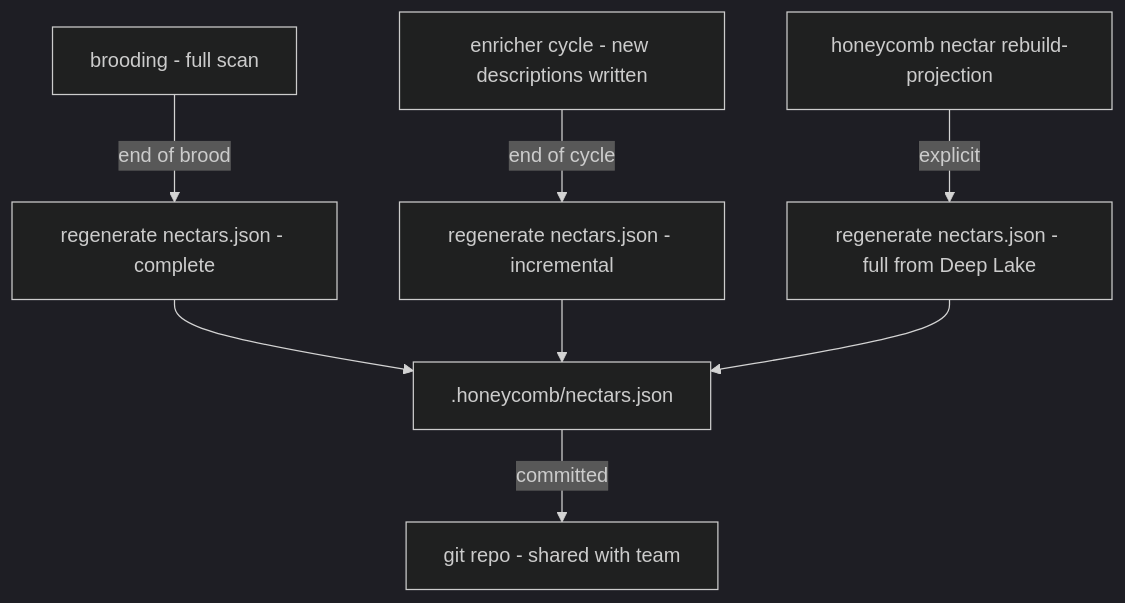
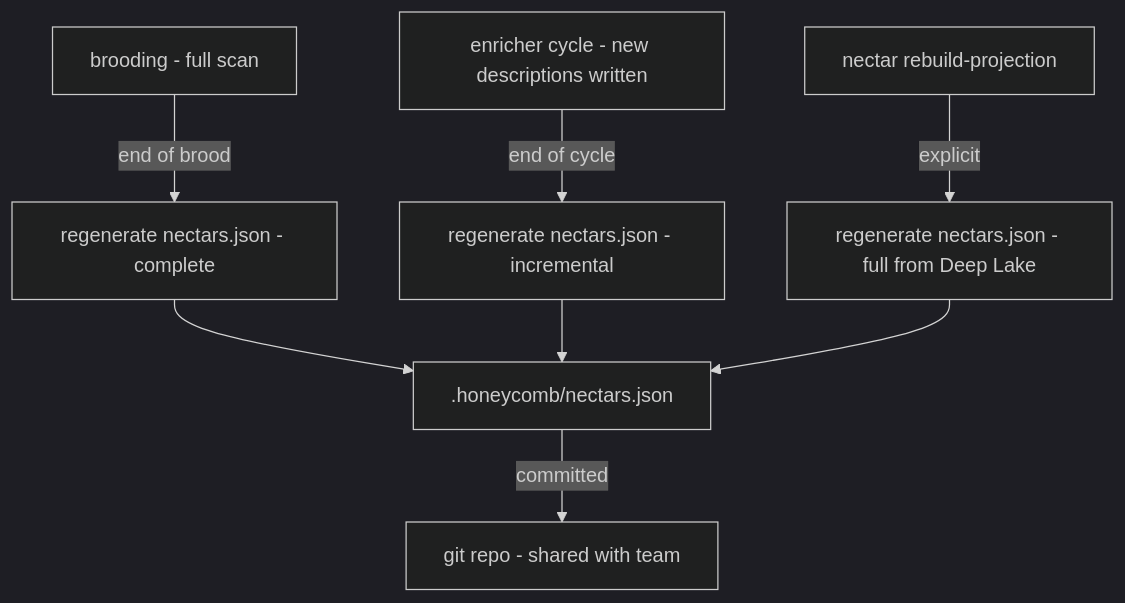
One commit to legioncodeinc/nectar changed the third of 4 diagrams in library/knowledge/private/data/portable-registry-deep-dive/portable-registry-ecosystem-story-arc.md. Above: the diagram before and after it, drawn with Mermaid (dark theme). The commit also changed other lines of this file and 144 other files, not shown here.

````diff
--- a/library/knowledge/private/data/portable-registry-deep-dive/portable-registry-ecosystem-story-arc.md
+++ b/library/knowledge/private/data/portable-registry-deep-dive/portable-registry-ecosystem-story-arc.md
@@ -90,10 +90,10 @@
 ```mermaid
 flowchart TD
     brood["brooding - full scan"] -->|"end of brood"| regen["regenerate nectars.json - complete"]
     enrich["enricher cycle - new descriptions written"] -->|"end of cycle"| regen2["regenerate nectars.json - incremental"]
-    rebuild["honeycomb nectar rebuild-projection"] -->|"explicit"| regen3["regenerate nectars.json - full from Deep Lake"]
+    rebuild["nectar rebuild-projection"] -->|"explicit"| regen3["regenerate nectars.json - full from Deep Lake"]
     regen --> file[".honeycomb/nectars.json"]
     regen2 --> file
     regen3 --> file
     file -->|"committed"| repo["git repo - shared with team"]
 ```
````
